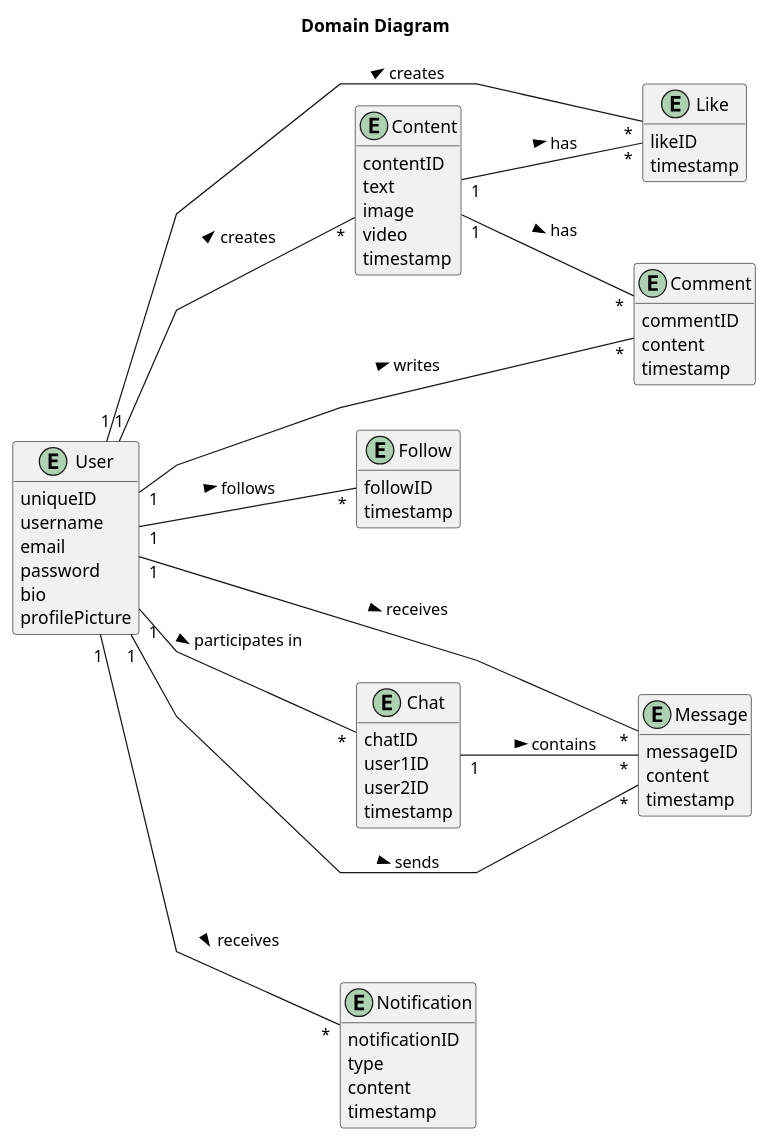
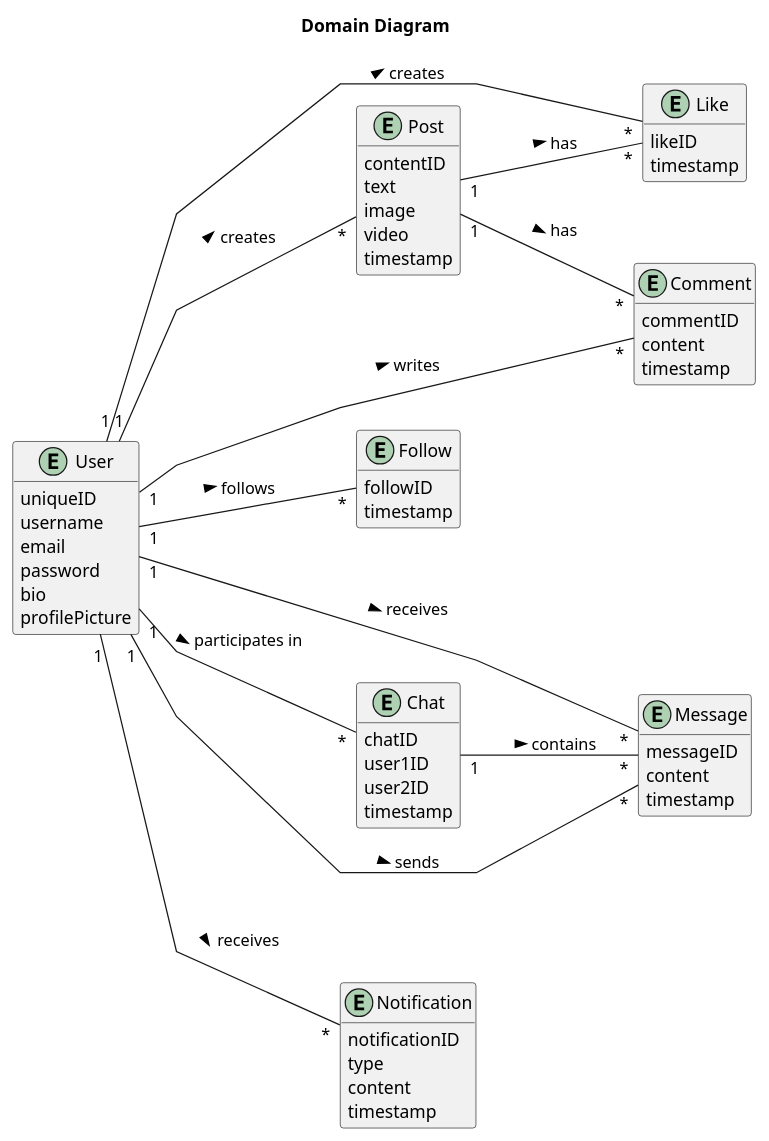
One commit to implaymo/Social-Media-Platform changed the diagram in Diagrams/DomainModel.puml. Above: the diagram before and after it, drawn with PlantUML. The commit also changed 1 other file, not shown here.

Commit message:
Create Class Diagram and changes entity and class name from Content to Post

```diff
--- a/Diagrams/DomainModel.puml
+++ b/Diagrams/DomainModel.puml
@@ -1,74 +1,74 @@
 @startuml
 skinparam linetype polyline
 left to right direction
 hide empty methods
 hide empty members
 title "Domain Diagram"
 
 ' Entities
 entity User {
   uniqueID
   username
   email
   password
   bio
   profilePicture
 }
 
-entity Content {
+entity Post {
   contentID
   text
   image
   video
   timestamp
 }
 
 entity Comment {
   commentID
   content
   timestamp
 }
 
 entity Like {
   likeID
   timestamp
 }
 
 entity Follow {
   followID
   timestamp
 }
 
 entity Chat {
   chatID
   user1ID
   user2ID
   timestamp
 }
 
 entity Message {
   messageID
   content
   timestamp
 }
 
 entity Notification {
   notificationID
   type
   content
   timestamp
 }
 
 ' Relationships
-User "1" -- "*" Content : creates >
+User "1" -- "*" Post : creates >
 User "1" -- "*" Comment : writes >
-Content "1" -- "*" Comment : has >
+Post "1" -- "*" Comment : has >
 User "1" -- "*" Like : creates >
-Content "1" -- "*" Like : has >
+Post "1" -- "*" Like : has >
 User "1" -- "*" Follow : follows >
 User "1" -- "*" Chat : participates in >
 Chat "1" -- "*" Message : contains >
 User "1" -- "*" Message : sends >
 User "1" -- "*" Message : receives >
 User "1" -- "*" Notification : receives >
 @enduml
```
